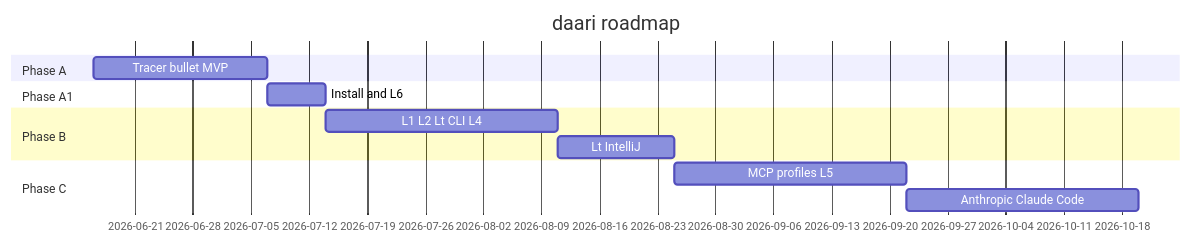
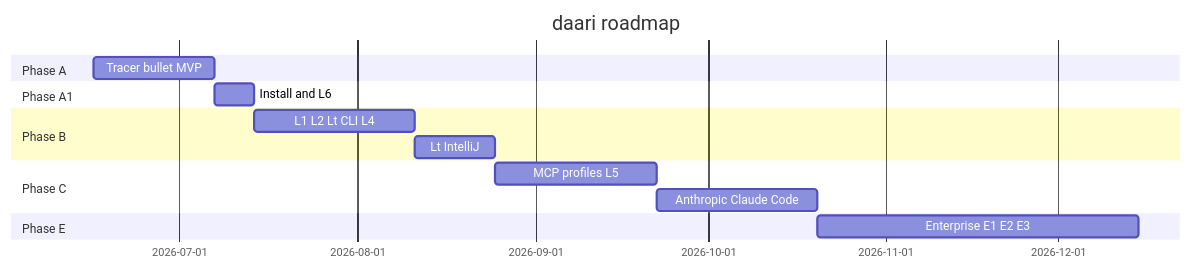
The diagram in docs/prd/ROADMAP.md (naveenreddyalka/daari), drawn with Mermaid before and after one commit. The commit also changed other lines of this file and 12 other files, not shown here.

First line of the commit message:
docs: PRD v0.4 approval, monorepo, enterprise Phase E, Phase A plan

````diff
--- a/docs/prd/ROADMAP.md
+++ b/docs/prd/ROADMAP.md
@@ -277,15 +295,17 @@
 ```mermaid
 gantt
     title daari roadmap
     dateFormat YYYY-MM-DD
     section Phase A
     Tracer bullet MVP           :a1, 2026-06-16, 3w
     section Phase A1
     Install and L6              :a2, after a1, 1w
     section Phase B
     L1 L2 Lt CLI L4             :b1, after a2, 4w
     Lt IntelliJ                 :b2, after b1, 2w
     section Phase C
     MCP profiles L5             :c1, after b2, 4w
     Anthropic Claude Code       :c2, after c1, 4w
+    section Phase E
+    Enterprise E1 E2 E3         :e1, after c2, 8w
 ```
````
